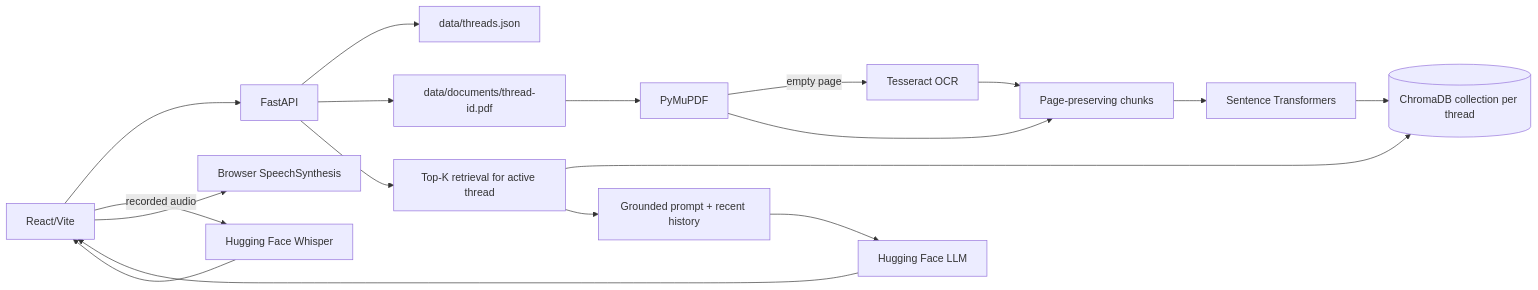
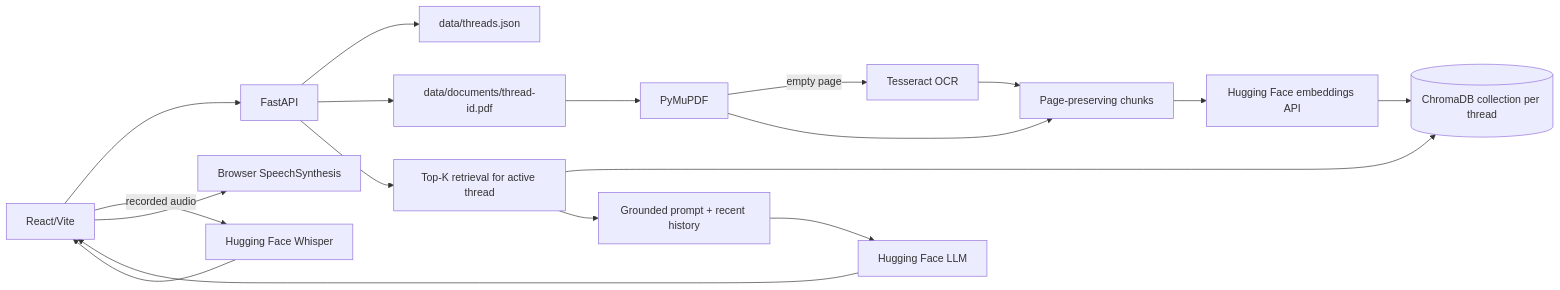
Before and after one commit to Devanshi-athena/PDF-RAG: the diagram in docs/architecture.md, drawn with Mermaid. The commit also changed other lines of this file and 7 other files, not shown here.

Commit message:
Move embeddings to Hugging Face API

````diff
--- a/docs/architecture.md
+++ b/docs/architecture.md
@@ -5,20 +5,20 @@
 ```mermaid
 flowchart LR
     UI[React/Vite] --> API[FastAPI]
     API --> META[data/threads.json]
     API --> PDF[data/documents/thread-id.pdf]
     PDF --> EXTRACT[PyMuPDF]
     EXTRACT -->|empty page| OCR[Tesseract OCR]
     EXTRACT --> CHUNK[Page-preserving chunks]
     OCR --> CHUNK
-    CHUNK --> EMBED[Sentence Transformers]
+    CHUNK --> EMBED[Hugging Face embeddings API]
     EMBED --> DB[(ChromaDB collection per thread)]
     API --> RETRIEVE[Top-K retrieval for active thread]
     RETRIEVE --> DB
     RETRIEVE --> PROMPT[Grounded prompt + recent history]
     PROMPT --> LLM[Hugging Face LLM]
     LLM --> UI
     UI -->|recorded audio| ASR[Hugging Face Whisper]
     ASR --> UI
     UI --> TTS[Browser SpeechSynthesis]
 ```
````
